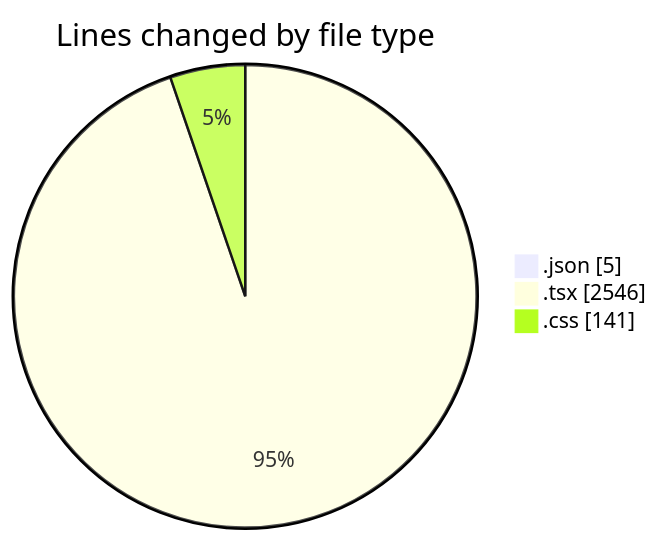
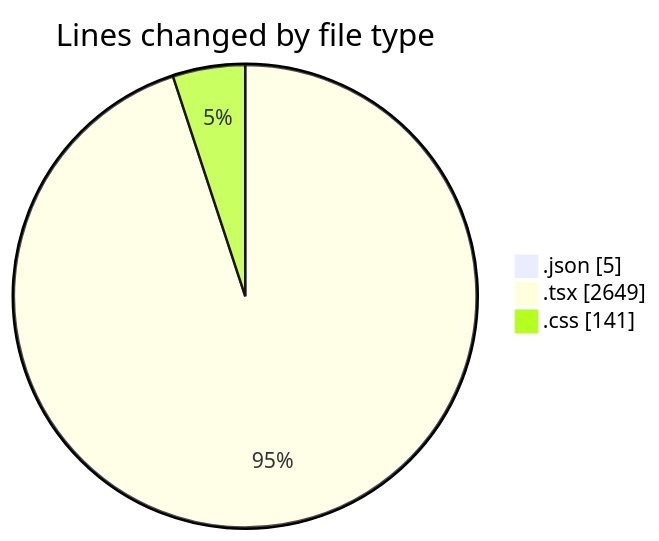
The first of 2 diagrams in 2025-05-29/advertise/README.md (Elitesun/code-tracking), drawn with Mermaid before and after one commit. The commit also changed other lines of this file and 1 other file, not shown here.

````diff
--- a/2025-05-29/advertise/README.md
+++ b/2025-05-29/advertise/README.md
@@ -27,7 +27,7 @@
 ```mermaid
 pie showData
 title Lines changed by file type
 ".json" : 5
-".tsx" : 2546
+".tsx" : 2649
 ".css" : 141
 ```
````
